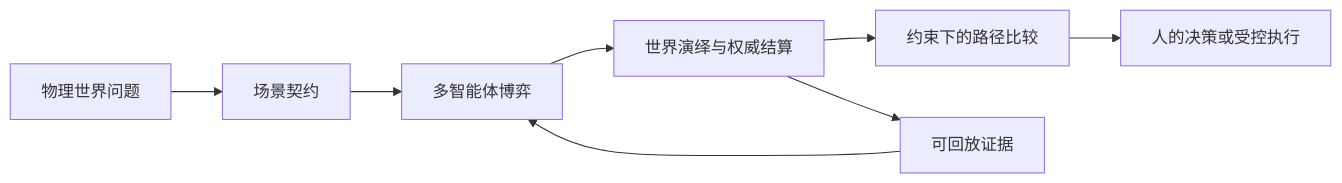
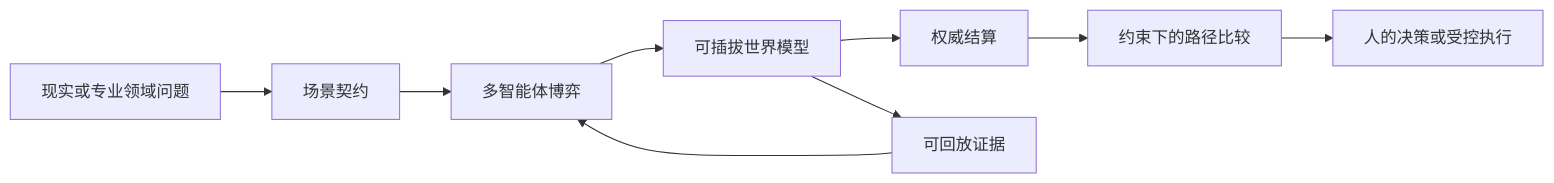
The first of 4 diagrams in README.zh-CN.md (tonyhyworld/TraceArena), drawn with Mermaid before and after one commit. The commit also changed other lines of this file and 23 other files, not shown here.

Commit message:
feat: add pluggable world model architecture

````diff
--- a/README.zh-CN.md
+++ b/README.zh-CN.md
@@ -81,10 +84,11 @@
 ```mermaid
 flowchart LR
-    P[物理世界问题] --> C[场景契约]
+    P[现实或专业领域问题] --> C[场景契约]
     C --> G[多智能体博弈]
-    G --> S[世界演绎与权威结算]
+    G --> W[可插拔世界模型]
+    W --> S[权威结算]
     S --> X[约束下的路径比较]
     X --> H[人的决策或受控执行]
-    S --> R[可回放证据]
+    W --> R[可回放证据]
     R --> G
 ```
````
